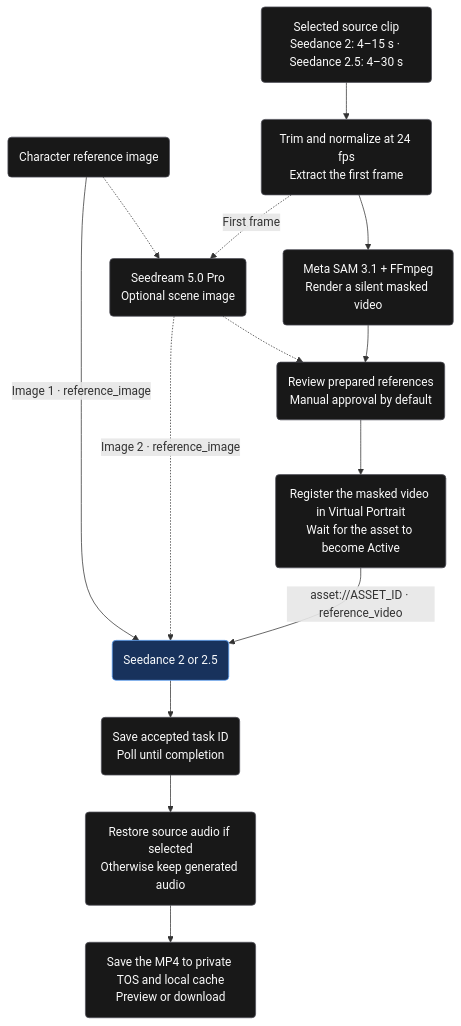
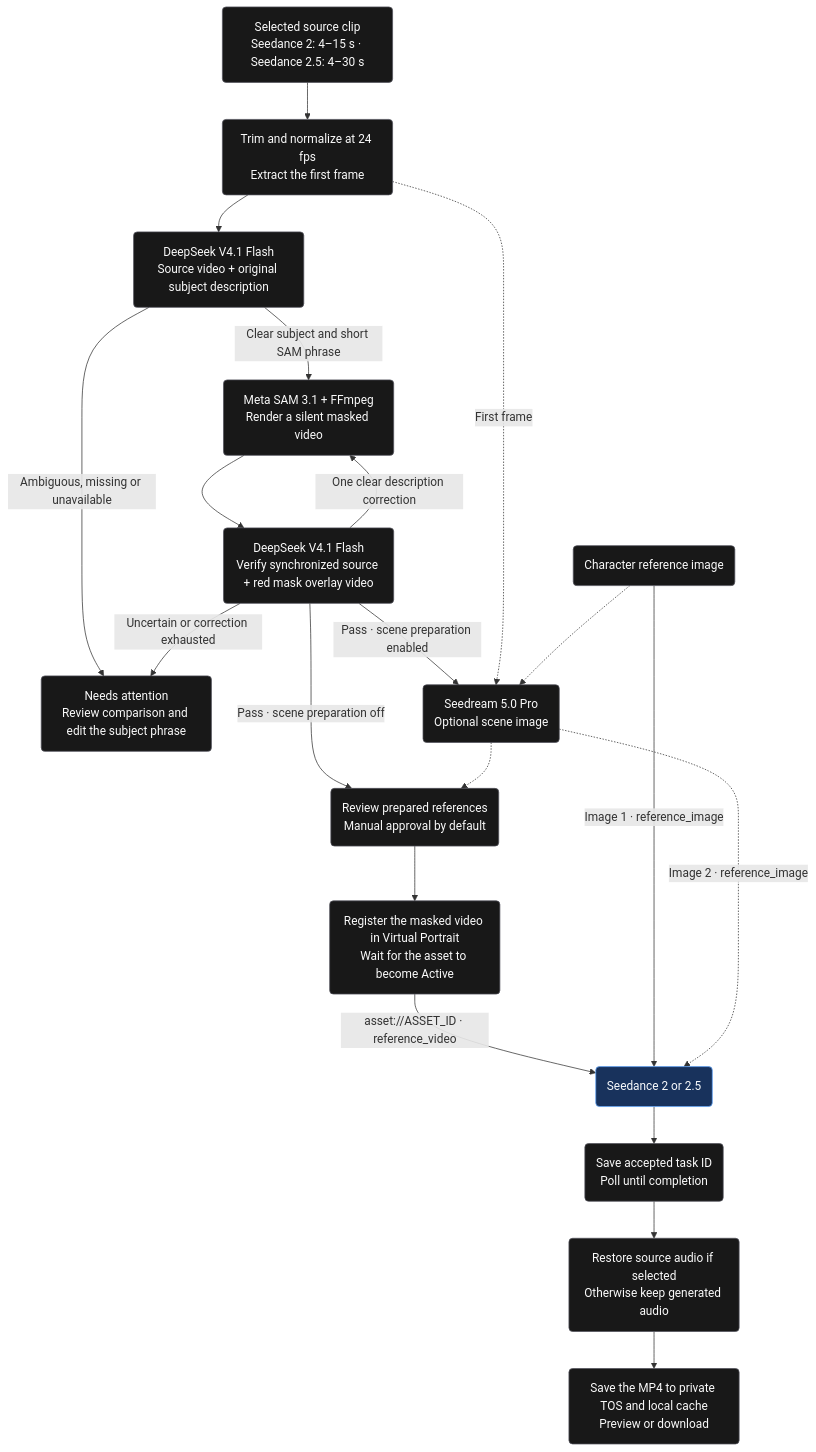
The first of 6 diagrams in README.md (ArthurReimus-ByteDance/seed-genjutsu), drawn with Mermaid before and after one commit. The commit also changed other lines of this file and 29 other files, not shown here.

First line of the commit message:
Add guarded AI subject refinement and mask review

````diff
--- a/README.md
+++ b/README.md
@@ -95,28 +97,39 @@
 ```mermaid
 flowchart TD
     Clip("Selected source clip<br/>Seedance 2: 4–15 s · Seedance 2.5: 4–30 s")
     Character("Character reference image")
     Prep("Trim and normalize at 24 fps<br/>Extract the first frame")
+    Refine("DeepSeek V4.1 Flash<br/>Source video + original subject description")
     Mask("Meta SAM 3.1 + FFmpeg<br/>Render a silent masked video")
+    Verify("DeepSeek V4.1 Flash<br/>Verify synchronized source + red mask overlay video")
+    Stop("Needs attention<br/>Review comparison and edit the subject phrase")
     Scene("Seedream 5.0 Pro<br/>Optional scene image")
     Review("Review prepared references<br/>Manual approval by default")
     Portrait("Register the masked video in Virtual Portrait<br/>Wait for the asset to become Active")
     Seedance("Seedance 2 or 2.5")
     Poll("Save accepted task ID<br/>Poll until completion")
     Audio("Restore source audio if selected<br/>Otherwise keep generated audio")
     Result("Save the MP4 to private TOS and local cache<br/>Preview or download")
 
-    Clip --> Prep --> Mask --> Review --> Portrait
+    Clip --> Prep --> Refine
+    Refine -->|Clear subject and short SAM phrase| Mask
+    Refine -->|Ambiguous, missing or unavailable| Stop
+    Mask --> Verify
+    Verify -->|Pass · scene preparation off| Review
+    Verify -->|Pass · scene preparation enabled| Scene
+    Verify -->|One clear description correction| Mask
+    Verify -->|Uncertain or correction exhausted| Stop
+    Review --> Portrait
     Prep -.->|First frame| Scene
     Character -.-> Scene
     Scene -.-> Review
     Portrait -->|asset://ASSET_ID · reference_video| Seedance
     Character -->|Image 1 · reference_image| Seedance
     Scene -.->|Image 2 · reference_image| Seedance
     Seedance --> Poll --> Audio --> Result
 
     classDef step fill:#181818,stroke:#52525b,color:#fafafa
     classDef generation fill:#18325c,stroke:#60a5fa,color:#f8fafc
-    class Clip,Character,Prep,Mask,Scene,Review,Portrait,Poll,Audio,Result step
+    class Clip,Character,Prep,Refine,Mask,Verify,Stop,Scene,Review,Portrait,Poll,Audio,Result step
     class Seedance generation
 ```
````
